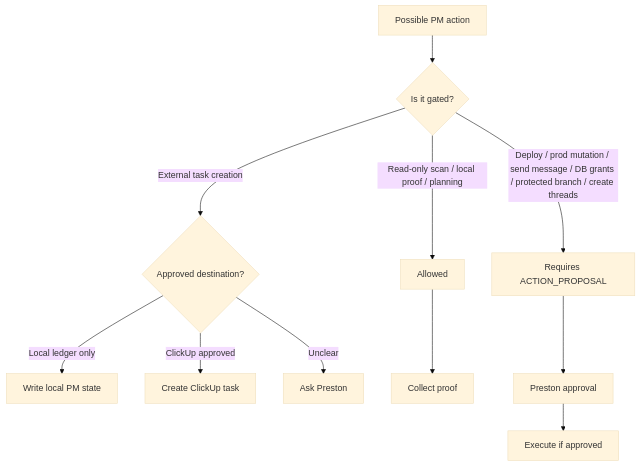
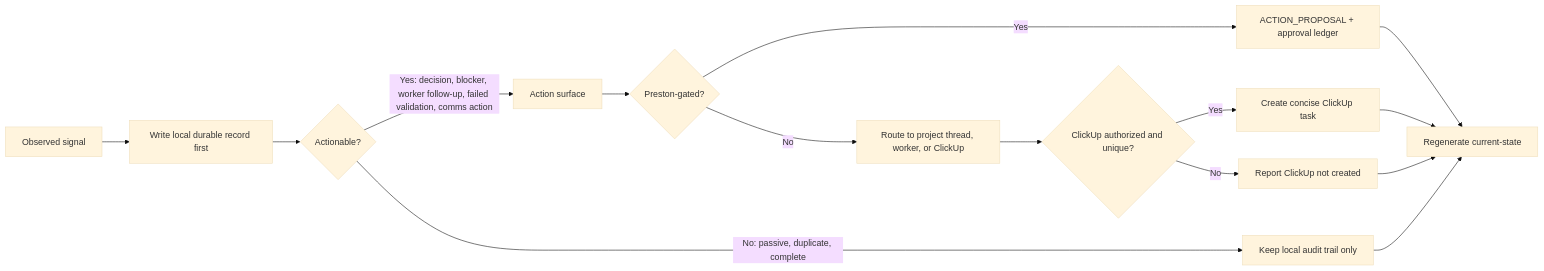
Before and after one commit to Splintered-Glass-Solutions/SGS_skills: the second of 3 diagrams in docs/pm-system-overview.md, drawn with Mermaid (base theme). The commit also changed other lines of this file and 17 other files, not shown here.

Commit message:
docs: refresh PM system architecture

````diff
--- a/docs/pm-system-overview.md
+++ b/docs/pm-system-overview.md
@@ -78,16 +52,21 @@
 ```mermaid
-flowchart TD
-  Action["Possible PM action"] --> Risk{"Is it gated?"}
+flowchart LR
+  Observation["Observed signal"] --> Record["Write local durable record first"]
+  Record --> Classify{"Actionable?"}
 
-  Risk -->|"Read-only scan / local proof / planning"| Allowed["Allowed"]
-  Risk -->|"Deploy / prod mutation / send message / DB grants / protected branch / create threads"| Proposal["Requires ACTION_PROPOSAL"]
-  Risk -->|"External task creation"| Policy{"Approved destination?"}
+  Classify -->|"No: passive, duplicate, complete"| LedgerOnly["Keep local audit trail only"]
+  Classify -->|"Yes: decision, blocker, worker follow-up, failed validation, comms action"| ActionSurface["Action surface"]
 
-  Policy -->|"Local ledger only"| Local["Write local PM state"]
-  Policy -->|"ClickUp approved"| ClickUp["Create ClickUp task"]
-  Policy -->|"Unclear"| Ask["Ask Preston"]
+  ActionSurface --> Approval{"Preston-gated?"}
+  Approval -->|"Yes"| Proposal["ACTION_PROPOSAL + approval ledger"]
+  Approval -->|"No"| Route["Route to project thread, worker, or ClickUp"]
 
-  Allowed --> Evidence["Collect proof"]
-  Proposal --> Preston["Preston approval"]
-  Preston --> Execute["Execute if approved"]
+  Route --> ClickUp{"ClickUp authorized and unique?"}
+  ClickUp -->|"Yes"| Task["Create concise ClickUp task"]
+  ClickUp -->|"No"| LocalOnly["Report ClickUp not created"]
+
+  Proposal --> CurrentState["Regenerate current-state"]
+  Task --> CurrentState
+  LocalOnly --> CurrentState
+  LedgerOnly --> CurrentState
 ```
````
